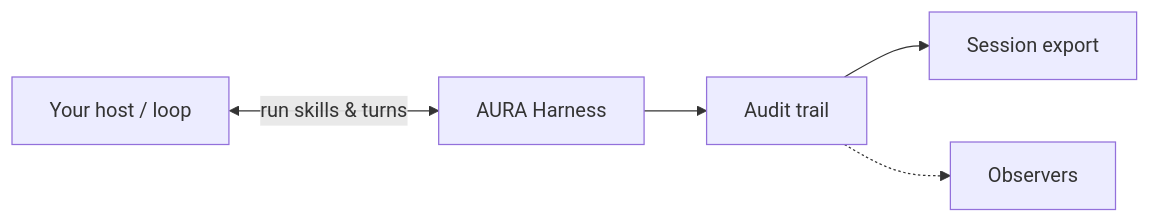
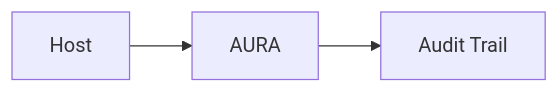
Before and after one commit to ARPAHLS/aura: the first of 2 diagrams in README.md, drawn with Mermaid. The commit also changed other lines of this file and 13 other files, not shown here.

````diff
--- a/README.md
+++ b/README.md
@@ -43,7 +44,5 @@
 ```mermaid
 flowchart LR
-    Host[Your host / loop] <-->|run skills & turns| Aura[AURA Harness]
-    Aura --> Audit[Audit trail]
-    Audit --> Export[Session export]
-    Audit -.-> Obs[Observers]
+    Host[Host] --> Aura[AURA]
+    Aura --> Audit[Audit Trail]
 ```
````
